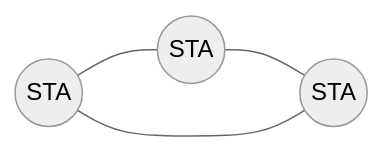
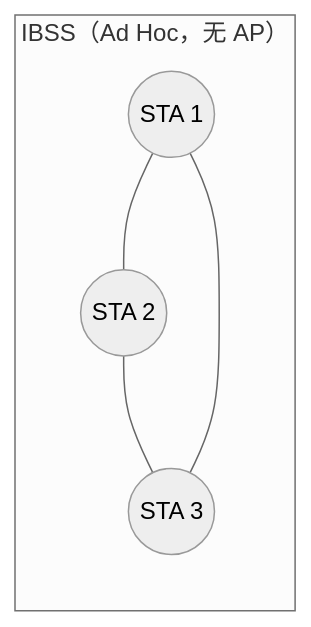
The second of 3 diagrams in 软考中级网络工程/4.1-无线局域网.md (theforeveriris/mynote-during-2026-2027), drawn with Mermaid (neutral theme) before and after one commit. The commit also changed other lines of this file and 42 other files, not shown here.

Commit message:
移除笔记中的截图引用，改用Mermaid重绘图示，并联网校正知识点；题库部分对照公开真题补全选项与答案

````diff
--- a/软考中级网络工程/4.1-无线局域网.md
+++ b/软考中级网络工程/4.1-无线局域网.md
@@ -243,6 +233,8 @@
 ```mermaid
 graph LR
-    A(("STA")) --- B(("STA"))
-    B --- C(("STA"))
-    C --- A
+    subgraph IBSS["IBSS（Ad Hoc，无 AP）"]
+        A(("STA 1")) --- B(("STA 2"))
+        B --- C(("STA 3"))
+        C --- A
+    end
 ```
````
